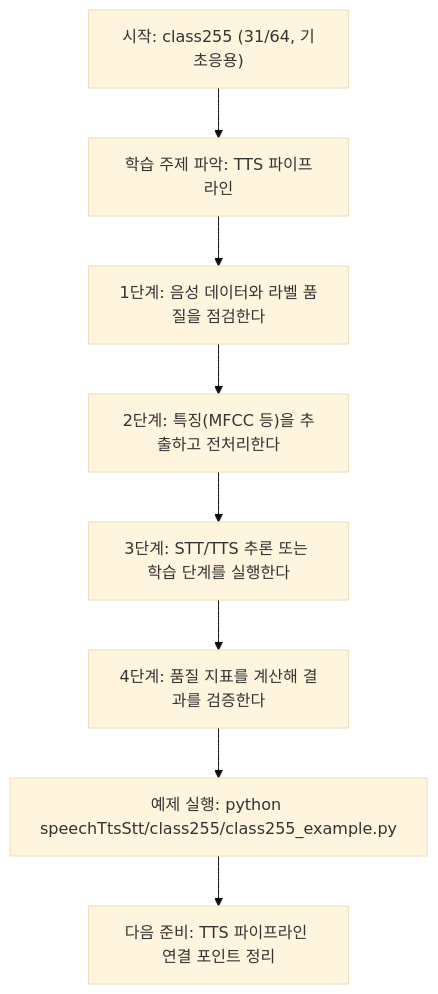
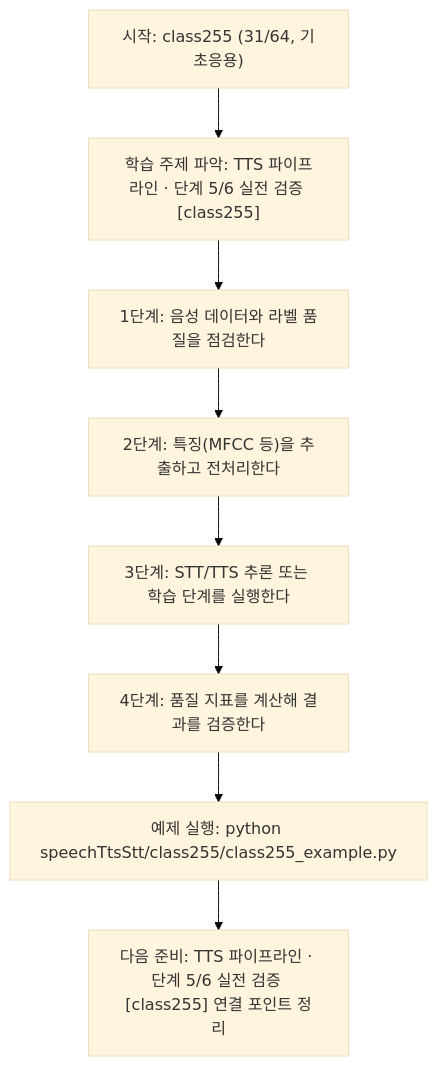
One commit to edumgt/Python-AI_Agent-Class changed the diagram in speechTtsStt/class255/class255.md. Above: the diagram before and after it, drawn with Mermaid (base theme). The commit also changed other lines of this file and 522 other files, not shown here.

````diff
--- a/speechTtsStt/class255/class255.md
+++ b/speechTtsStt/class255/class255.md
@@ -112,18 +113,18 @@
 ```mermaid
 flowchart TD
 N1["시작: class255 (31/64, 기초응용)"]
-N2["학습 주제 파악: TTS 파이프라인"]
+N2["학습 주제 파악: TTS 파이프라인 · 단계 5/6 실전 검증 [class255]"]
 N3["1단계: 음성 데이터와 라벨 품질을 점검한다"]
 N4["2단계: 특징(MFCC 등)을 추출하고 전처리한다"]
 N5["3단계: STT/TTS 추론 또는 학습 단계를 실행한다"]
 N6["4단계: 품질 지표를 계산해 결과를 검증한다"]
 N7["예제 실행: python speechTtsStt/class255/class255_example.py"]
-N8["다음 준비: TTS 파이프라인 연결 포인트 정리"]
+N8["다음 준비: TTS 파이프라인 · 단계 5/6 실전 검증 [class255] 연결 포인트 정리"]
 N1 --> N2
 N2 --> N3
 N3 --> N4
 N4 --> N5
 N5 --> N6
 N6 --> N7
 N7 --> N8
 ```
````
